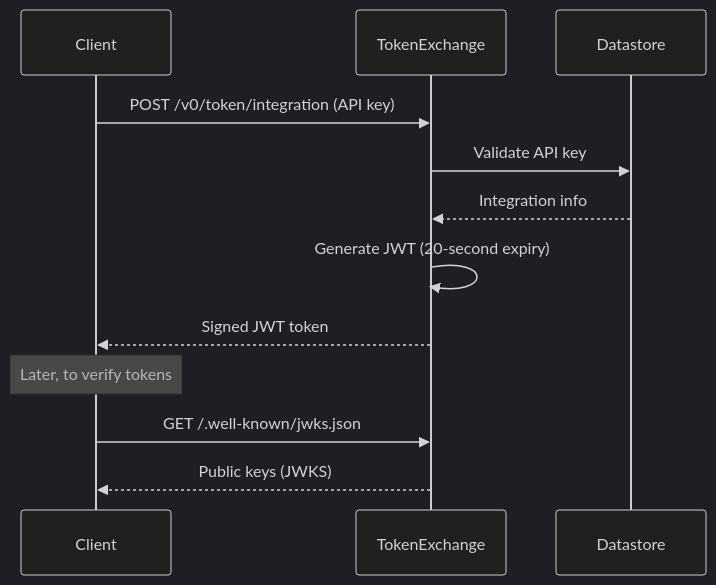
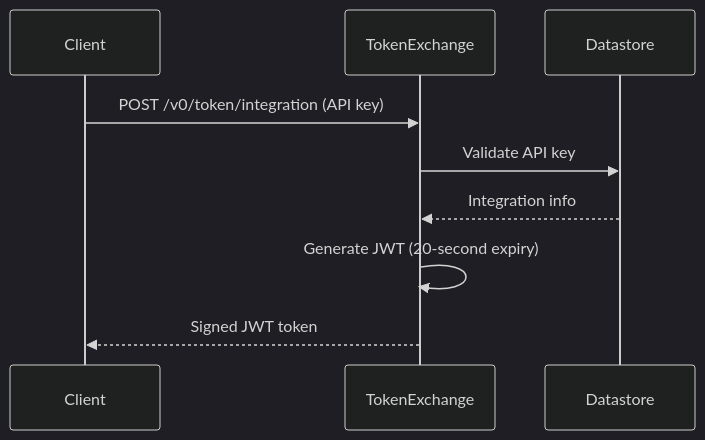
Before and after one commit to m-lab/token-exchange: the diagram in README.md, drawn with Mermaid (dark theme).

Commit message:
docs: simplify token flow diagram

````diff
--- a/README.md
+++ b/README.md
@@ -84,16 +84,12 @@
 ```mermaid
 sequenceDiagram
     participant Client
     participant TokenExchange
     participant Datastore
 
     Client->>TokenExchange: POST /v0/token/integration (API key)
     TokenExchange->>Datastore: Validate API key
     Datastore-->>TokenExchange: Integration info
     TokenExchange->>TokenExchange: Generate JWT (20-second expiry)
     TokenExchange-->>Client: Signed JWT token
-
-    Note over Client: Later, to verify tokens
-    Client->>TokenExchange: GET /.well-known/jwks.json
-    TokenExchange-->>Client: Public keys (JWKS)
 ```
````
